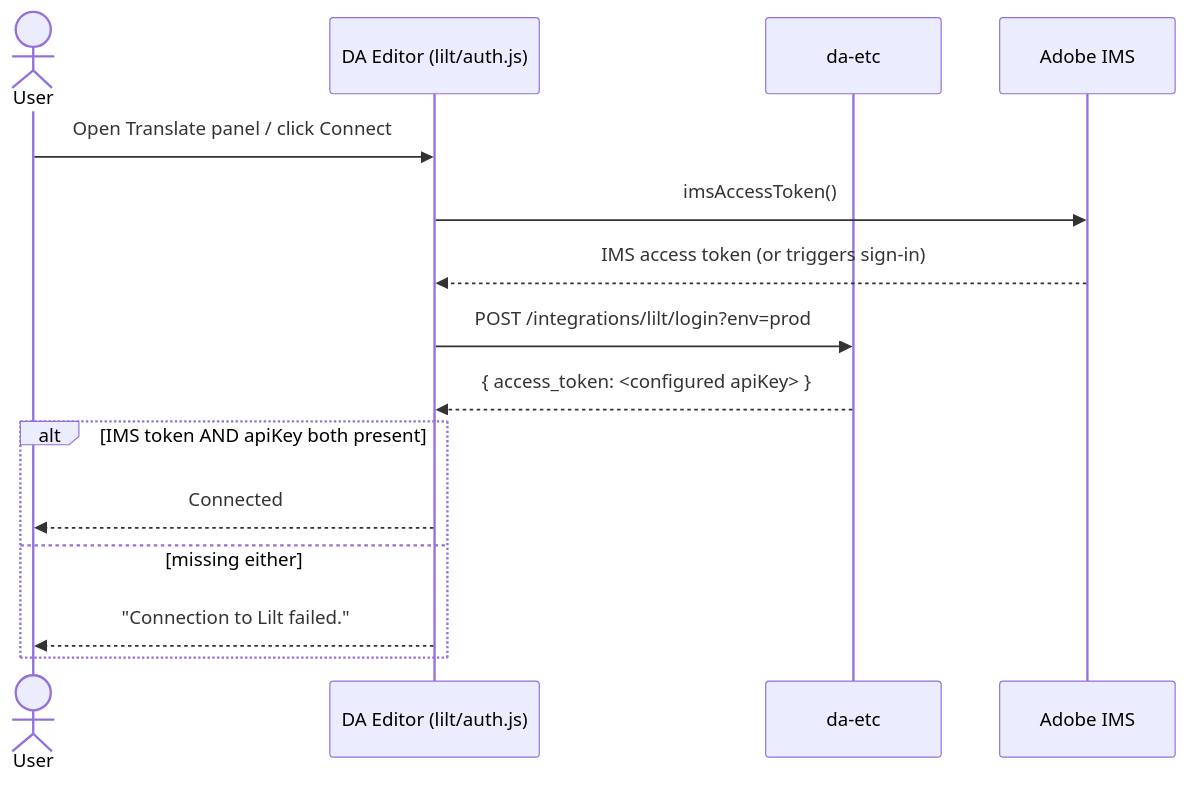
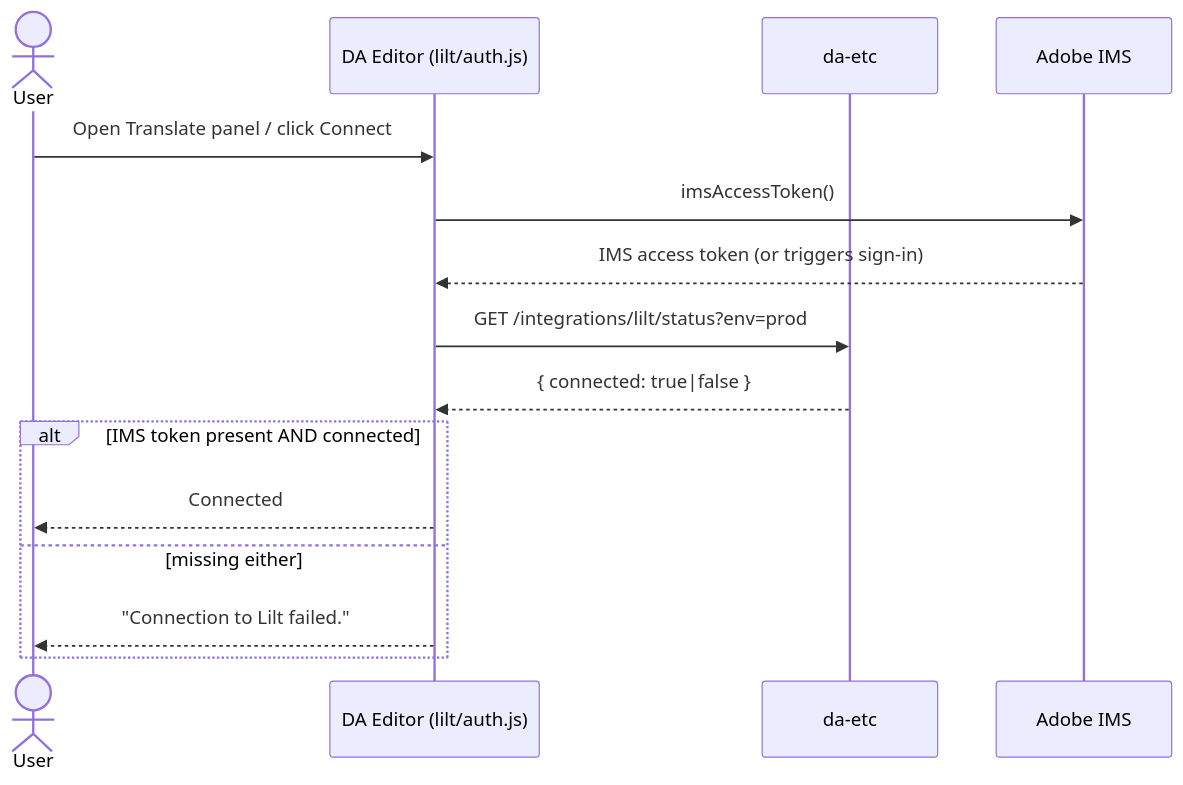
Before and after one commit to adobe/da-nx: the first of 3 diagrams in docs/lilt-connector.md, drawn with Mermaid. The commit also changed other lines of this file, not shown here.

First line of the commit message:
docs(loc): update Lilt connector diagrams for status endpoint and key caching

````diff
--- a/docs/lilt-connector.md
+++ b/docs/lilt-connector.md
@@ -24,18 +28,18 @@
 ```mermaid
 sequenceDiagram
     actor User
     participant Editor as DA Editor (lilt/auth.js)
     participant Etc as da-etc
     participant IMS as Adobe IMS
 
     User->>Editor: Open Translate panel / click Connect
     Editor->>IMS: imsAccessToken()
     IMS-->>Editor: IMS access token (or triggers sign-in)
-    Editor->>Etc: POST /integrations/lilt/login?env=prod
-    Etc-->>Editor: { access_token: <configured apiKey> }
-    alt IMS token AND apiKey both present
+    Editor->>Etc: GET /integrations/lilt/status?env=prod
+    Etc-->>Editor: { connected: true|false }
+    alt IMS token present AND connected
         Editor-->>User: Connected
     else missing either
         Editor-->>User: "Connection to Lilt failed."
     end
 ```
````
